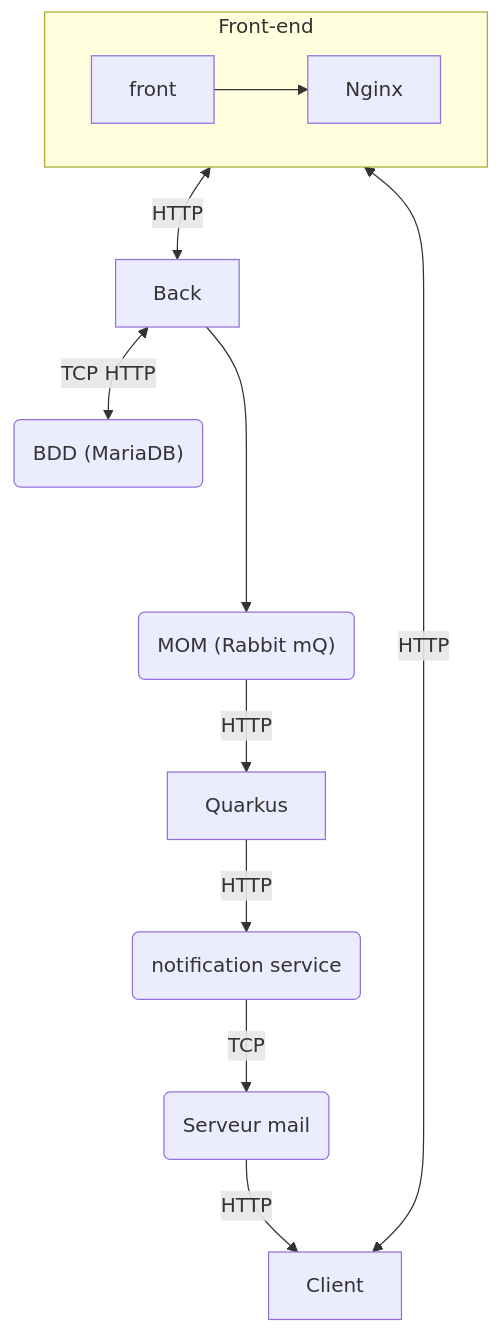
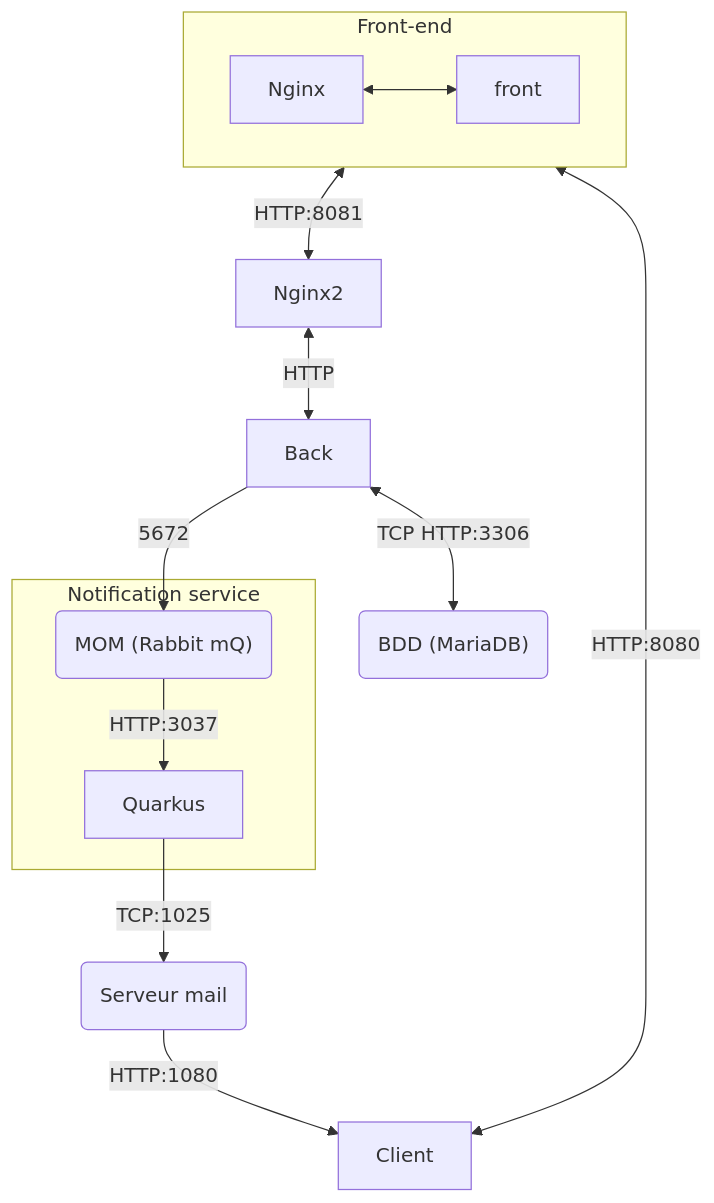
Before and after one commit to GNOATXEL/DOCKER_QUIZ: the diagram in README.md, drawn with Mermaid. The commit also changed other lines of this file and 7 other files, not shown here.

````diff
--- a/README.md
+++ b/README.md
@@ -80,21 +14,24 @@
 ```mermaid
 graph TB
 
     subgraph Front-end
-        front --> Nginx
+    Nginx<-->front
+        
     end
 
-    sq[Client] <-->|HTTP| Front-end
+    sq[Client] <-->|HTTP:8080| Front-end
 
-    
-Front-end <--HTTP-->Back
+Front-end <--HTTP:8081-->Nginx2    
+Nginx2 <--HTTP-->Back
 
-Back <--TCP HTTP--> a("BDD (MariaDB)")
-Back ----> b("MOM (Rabbit mQ)")
-b --HTTP-->Quarkus
-Quarkus --HTTP--> c("notification service")
-c --TCP--> d(Serveur mail)
-d --HTTP--> sq[Client]
+Back <--TCP HTTP:3306--> a("BDD (MariaDB)")
+Back --5672--> b("MOM (Rabbit mQ)")
+subgraph Notification service
+b("MOM (Rabbit mQ)")--HTTP:3037--> Quarkus
+
+end
+Quarkus --TCP:1025--> d(Serveur mail)
+d --HTTP:1080--> sq[Client]
 
 
 ```
````
